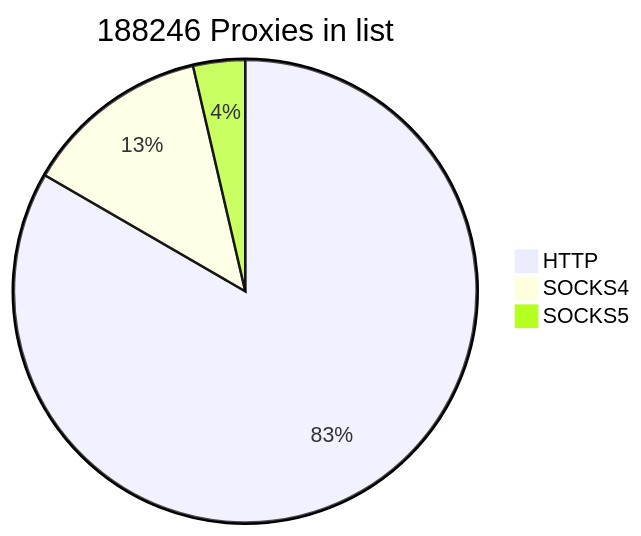
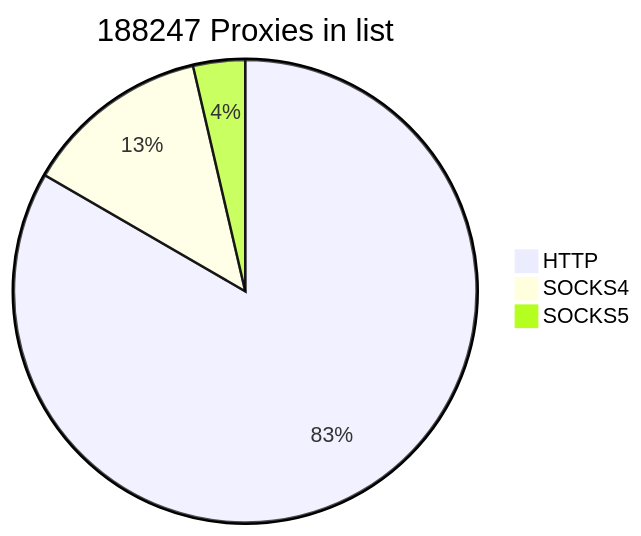
Before and after one commit to cutipu/proxylist: the first of 2 diagrams in README.md, drawn with Mermaid. The commit also changed other lines of this file, not shown here.

````diff
--- a/README.md
+++ b/README.md
@@ -2,7 +2,7 @@
 ```mermaid
-pie title 188246 Proxies in list
-    "HTTP" : 156914
+pie title 188247 Proxies in list
+    "HTTP" : 156915
     "SOCKS4" : 24505
     "SOCKS5" : 6827
             
 ```
````
